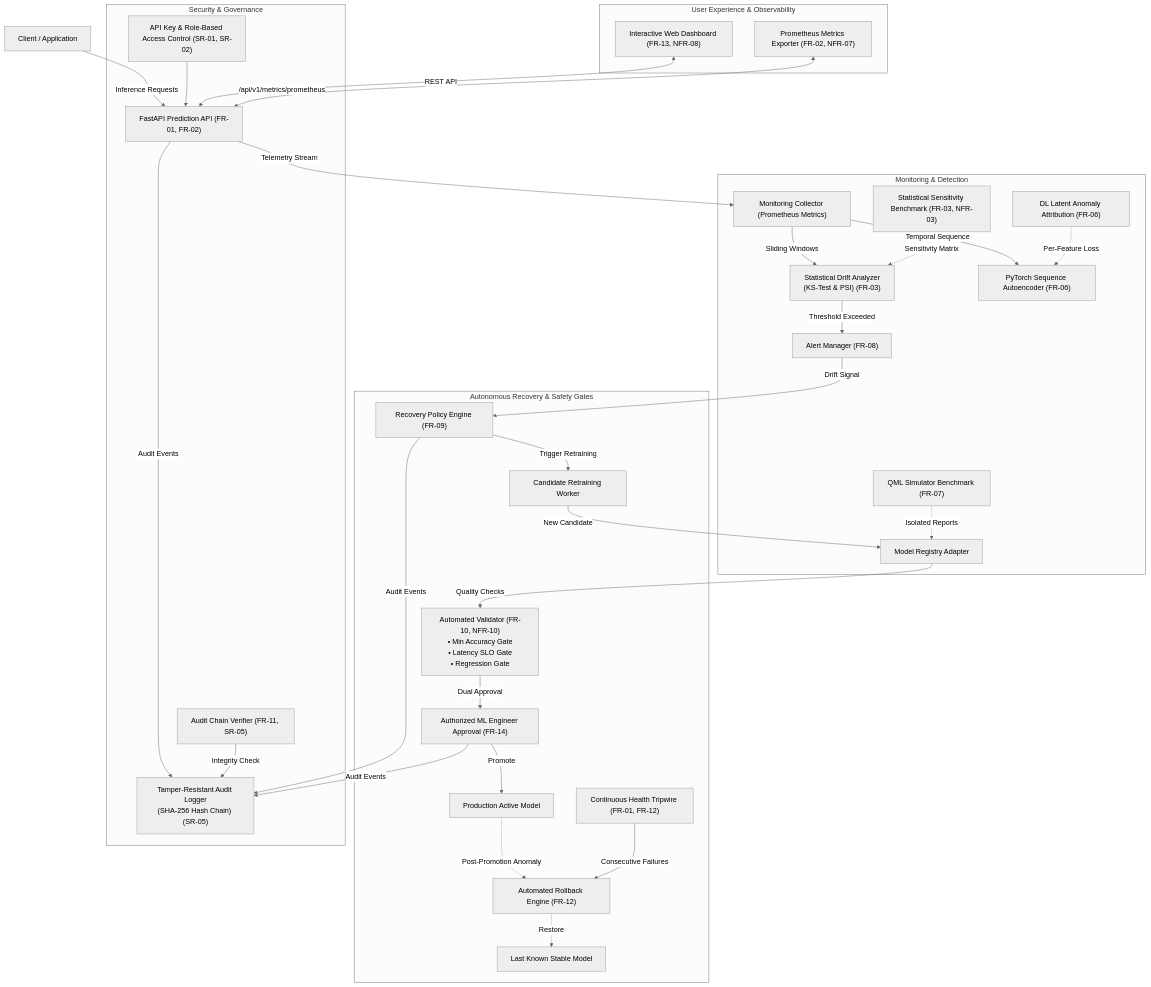
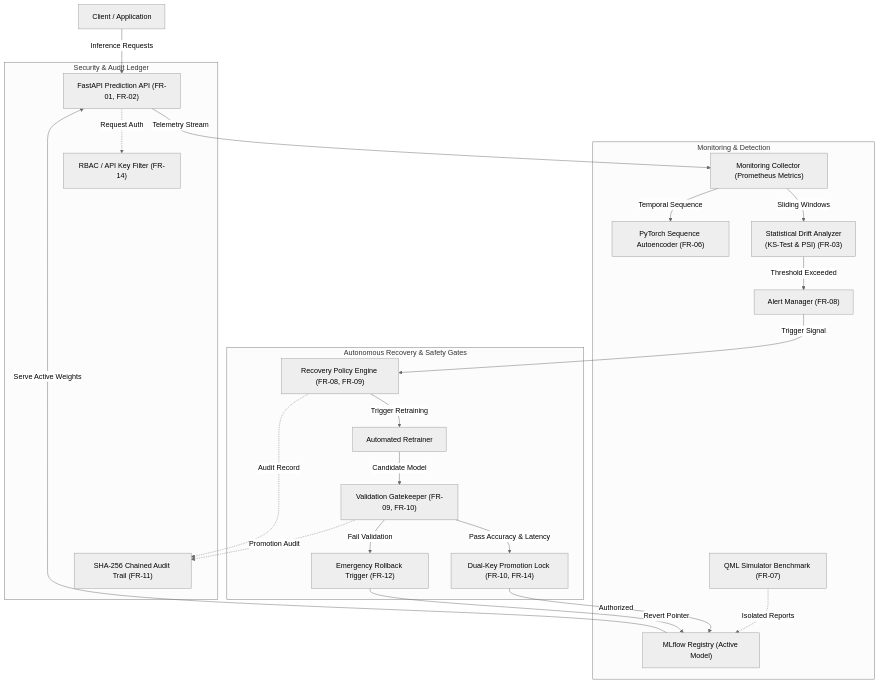
One commit to anantha-bit/self-monitoring-mlops-system changed the diagram in README.md. Above: the diagram before and after it, drawn with Mermaid (neutral theme). The commit also changed other lines of this file and 10 other files, not shown here.

````diff
--- a/README.md
+++ b/README.md
@@ -98,37 +94,30 @@
 ```mermaid
 flowchart TD
     Client["Client / Application"] -->|Inference Requests| API["FastAPI Prediction API (FR-01, FR-02)"]
     API -->|Telemetry Stream| Collector["Monitoring Collector (Prometheus Metrics)"]
     
     subgraph Monitoring & Detection
         Collector -->|Sliding Windows| DriftEngine["Statistical Drift Analyzer\n(KS-Test & PSI) (FR-03)"]
         DriftEngine -->|Threshold Exceeded| AlertMgr["Alert Manager (FR-08)"]
         Collector -->|Temporal Sequence| DLAutoencoder["PyTorch Sequence Autoencoder (FR-06)"]
-        Benchmark["Statistical Sensitivity Benchmark (FR-03, NFR-03)"] -.->|Sensitivity Matrix| DriftEngine
-        DLVisualizer["DL Latent Anomaly Attribution (FR-06)"] -.->|Per-Feature Loss| DLAutoencoder
         QML["QML Simulator Benchmark (FR-07)"] -.->|Isolated Reports| Registry
     end
-
+    
     subgraph Autonomous Recovery & Safety Gates
-        AlertMgr -->|Drift Signal| Policy["Recovery Policy Engine (FR-09)"]
-        Policy -->|Trigger Retraining| Retrain["Candidate Retraining Worker"]
-        Retrain -->|New Candidate| Registry["Model Registry Adapter"]
-        Registry -->|Quality Checks| Validator["Automated Validator (FR-10, NFR-10)\n• Min Accuracy Gate\n• Latency SLO Gate\n• Regression Gate"]
-        Validator -->|Dual Approval| HumanApproval["Authorized ML Engineer Approval (FR-14)"]
-        HumanApproval -->|Promote| ActiveModel["Production Active Model"]
-        ActiveModel -.->|Post-Promotion Anomaly| Rollback["Automated Rollback Engine (FR-12)"]
-        Tripwire["Continuous Health Tripwire (FR-01, FR-12)"] -->|Consecutive Failures| Rollback
-        Rollback -.->|Restore| StableModel["Last Known Stable Model"]
+        AlertMgr -->|Trigger Signal| PolicyEngine["Recovery Policy Engine (FR-08, FR-09)"]
+        PolicyEngine -->|Trigger Retraining| Retrainer["Automated Retrainer"]
+        Retrainer -->|Candidate Model| Gatekeeper["Validation Gatekeeper (FR-09, FR-10)"]
+        Gatekeeper -->|Pass Accuracy & Latency| DualKey["Dual-Key Promotion Lock (FR-10, FR-14)"]
+        DualKey -->|Authorized| Registry["MLflow Registry (Active Model)"]
+        Gatekeeper -->|Fail Validation| Rollback["Emergency Rollback Trigger (FR-12)"]
+        Rollback -->|Revert Pointer| Registry
     end
-
-    subgraph Security & Governance
-        API & Policy & HumanApproval -->|Audit Events| AuditLogger["Tamper-Resistant Audit Logger\n(SHA-256 Hash Chain) (SR-05)"]
-        Verifier["Audit Chain Verifier (FR-11, SR-05)"] -->|Integrity Check| AuditLogger
-        RBAC["API Key & Role-Based Access Control (SR-01, SR-02)"] --> API
+    
+    subgraph Security & Audit Ledger
+        API -.->|Request Auth| RBAC["RBAC / API Key Filter (FR-14)"]
+        PolicyEngine -.->|Audit Record| AuditLedger["SHA-256 Chained Audit Trail (FR-11)"]
+        Gatekeeper -.->|Promotion Audit| AuditLedger
     end
-
-    subgraph User Experience & Observability
-        Dashboard["Interactive Web Dashboard (FR-13, NFR-08)"] <-->|REST API| API
-        PromScraper["Prometheus Metrics Exporter (FR-02, NFR-07)"] <-->|/api/v1/metrics/prometheus| API
-    end
+    
+    Registry -->|Serve Active Weights| API
 ```
````
